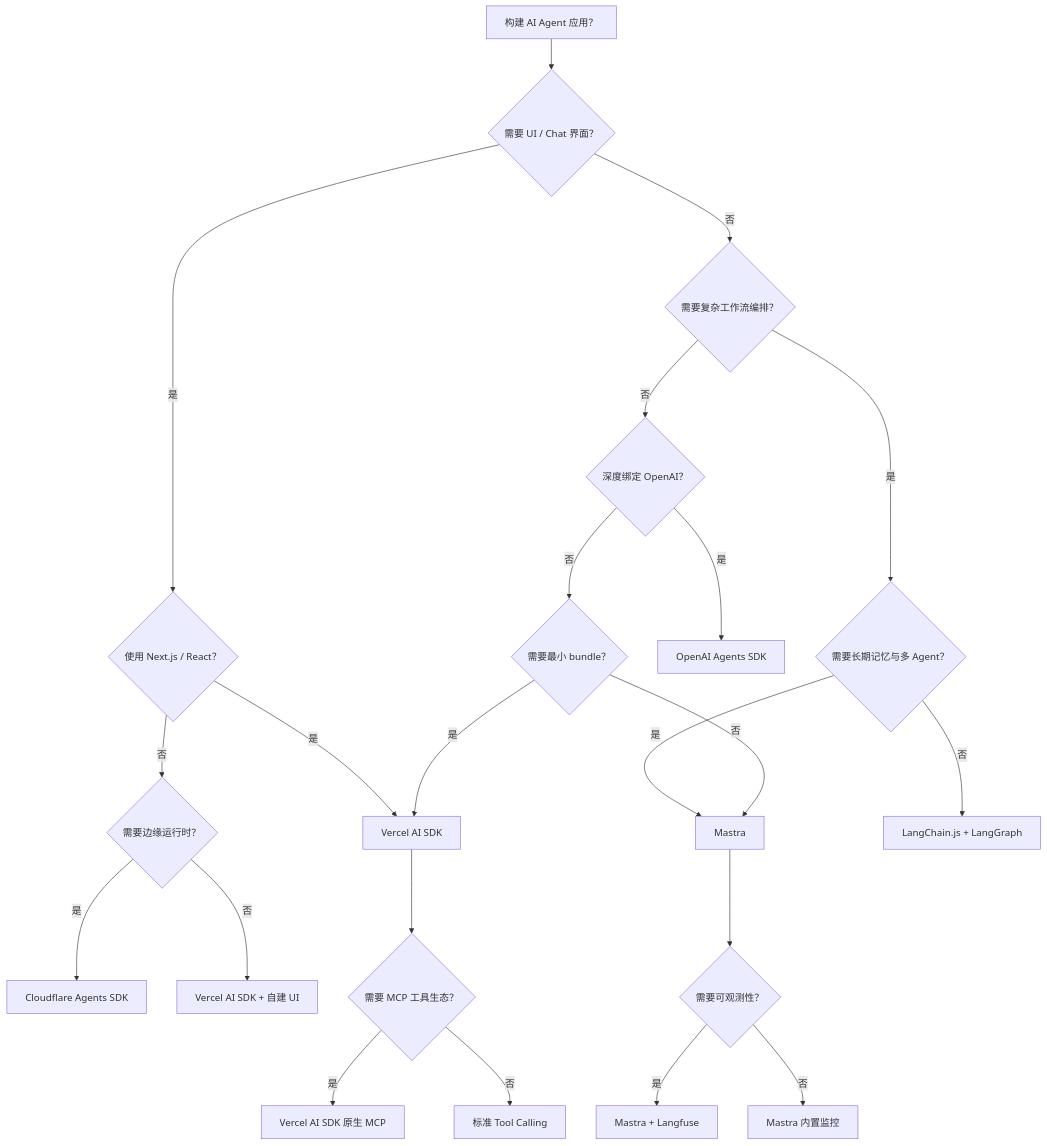
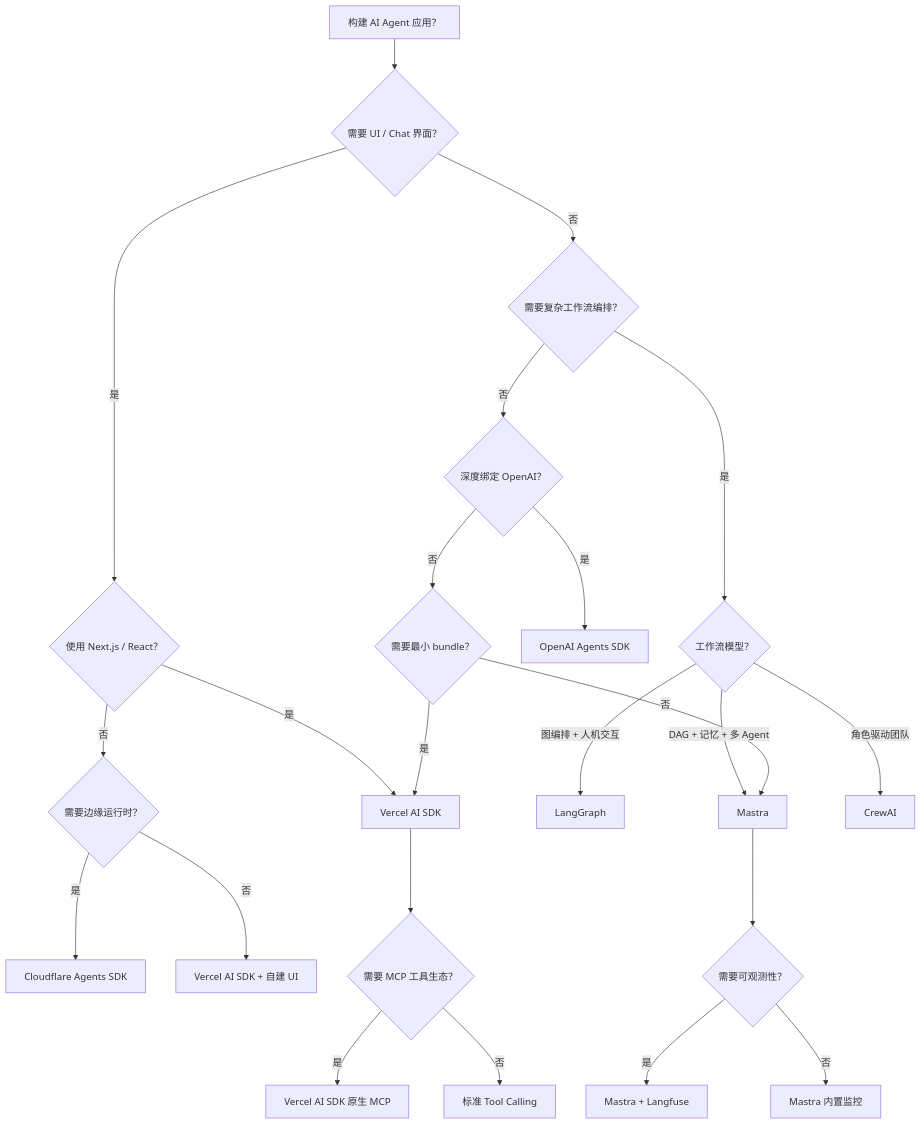
One commit to AdaMartin18010/JavaScriptTypeScript changed diagram 15 of 18 in docs/decision-trees.md. Above: the diagram before and after it, drawn with Mermaid. The commit also changed other lines of this file and 100 other files, not shown here.

````diff
--- a/docs/decision-trees.md
+++ b/docs/decision-trees.md
@@ -987,24 +987,25 @@
 ```mermaid
 flowchart TD
     A[构建 AI Agent 应用？] --> B{需要 UI / Chat 界面？}
     B -->|是| C{使用 Next.js / React？}
     C -->|是| D[Vercel AI SDK]
     C -->|否| E{需要边缘运行时？}
     E -->|是| F[Cloudflare Agents SDK]
     E -->|否| G[Vercel AI SDK + 自建 UI]
     B -->|否| H{需要复杂工作流编排？}
-    H -->|是| I{需要长期记忆与多 Agent？}
-    I -->|是| J[Mastra]
-    I -->|否| K[LangChain.js + LangGraph]
-    H -->|否| L{深度绑定 OpenAI？}
-    L -->|是| M[OpenAI Agents SDK]
-    L -->|否| N{需要最小 bundle？}
-    N -->|是| D
-    N -->|否| J
-    D --> O{需要 MCP 工具生态？}
-    O -->|是| P[Vercel AI SDK 原生 MCP]
-    O -->|否| Q[标准 Tool Calling]
-    J --> R{需要可观测性？}
-    R -->|是| S[Mastra + Langfuse]
-    R -->|否| T[Mastra 内置监控]
+    H -->|是| I{工作流模型？}
+    I -->|图编排 + 人机交互| K[LangGraph]
+    I -->|DAG + 记忆 + 多 Agent| J[Mastra]
+    I -->|角色驱动团队| L[CrewAI]
+    H -->|否| M{深度绑定 OpenAI？}
+    M -->|是| N[OpenAI Agents SDK]
+    M -->|否| O{需要最小 bundle？}
+    O -->|是| D
+    O -->|否| J
+    D --> P{需要 MCP 工具生态？}
+    P -->|是| Q[Vercel AI SDK 原生 MCP]
+    P -->|否| R[标准 Tool Calling]
+    J --> S{需要可观测性？}
+    S -->|是| T[Mastra + Langfuse]
+    S -->|否| U[Mastra 内置监控]
 ```
````
